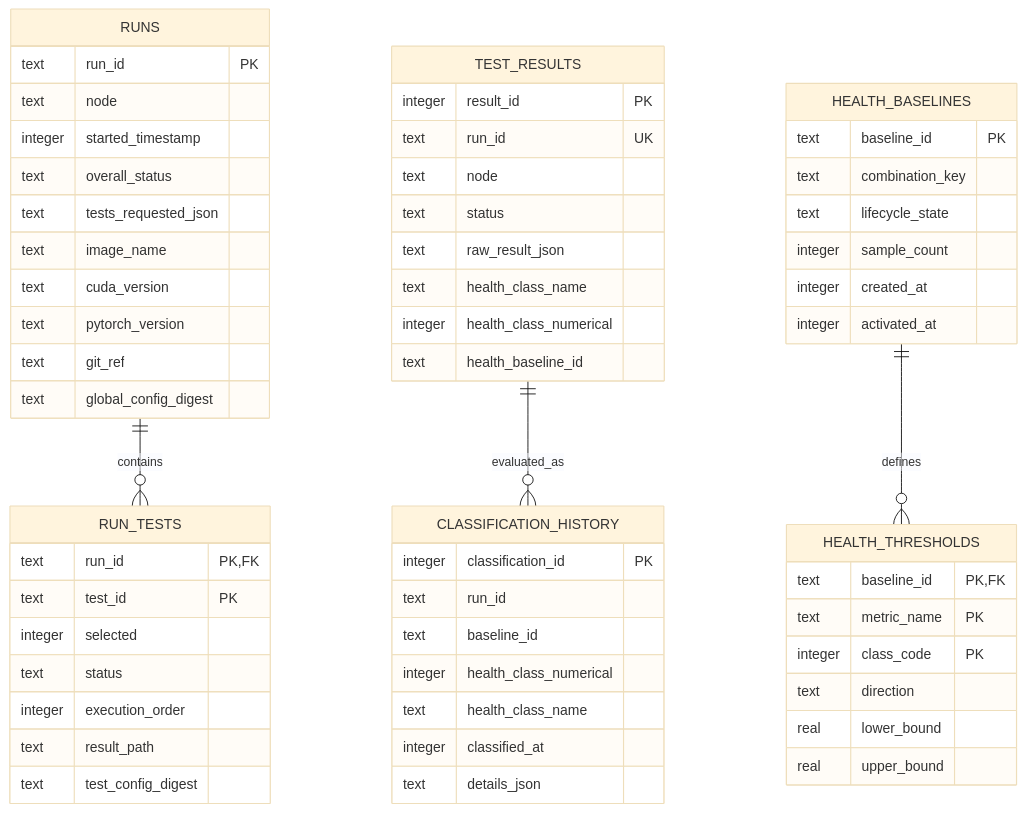
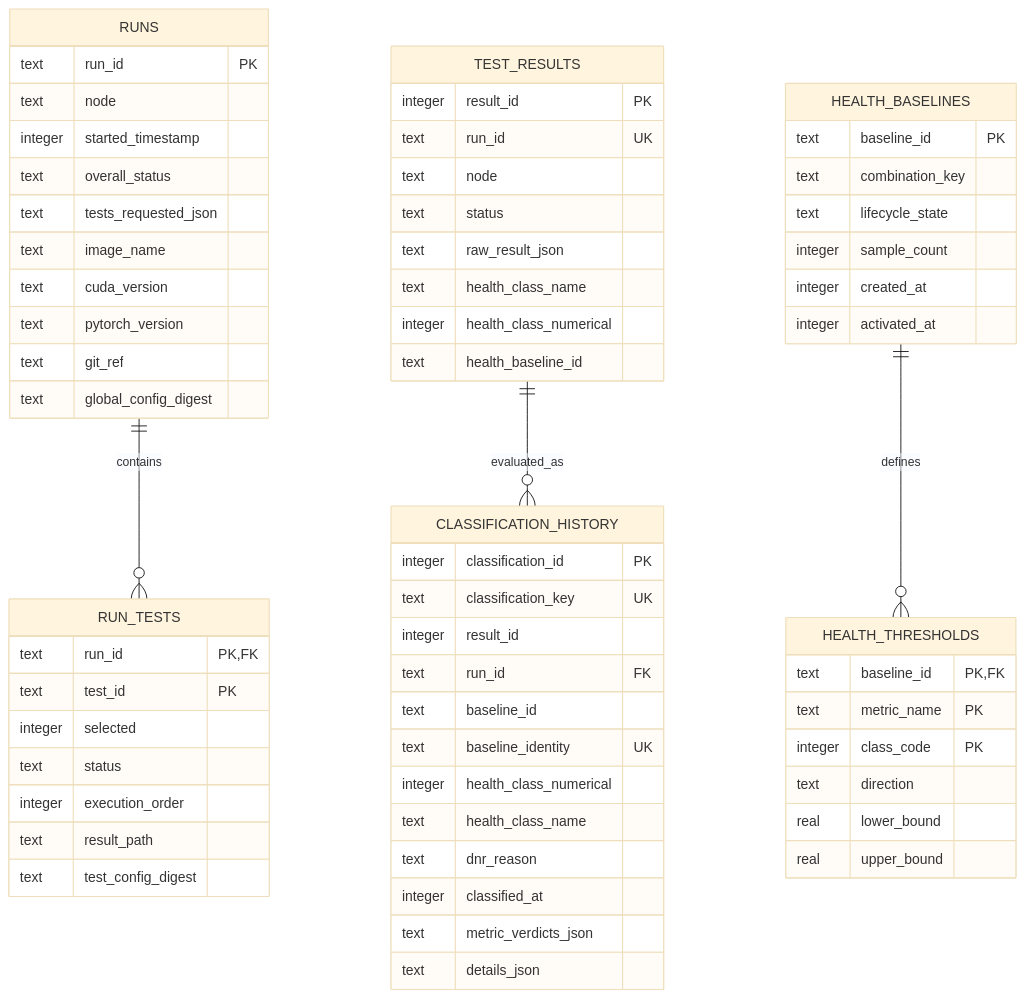
The diagram in docs/database-schema-v3.md (IamNirmata/c-val), drawn with Mermaid (base theme) before and after one commit. The commit also changed other lines of this file and 32 other files, not shown here.

````diff
--- a/docs/database-schema-v3.md
+++ b/docs/database-schema-v3.md
@@ -50,64 +50,69 @@
 ```mermaid
 erDiagram
     RUNS ||--o{ RUN_TESTS : contains
     RUNS {
         text run_id PK
         text node
         integer started_timestamp
         text overall_status
         text tests_requested_json
         text image_name
         text cuda_version
         text pytorch_version
         text git_ref
         text global_config_digest
     }
     RUN_TESTS {
         text run_id PK,FK
         text test_id PK
         integer selected
         text status
         integer execution_order
         text result_path
         text test_config_digest
     }
 
     TEST_RESULTS ||--o{ CLASSIFICATION_HISTORY : evaluated_as
     TEST_RESULTS {
         integer result_id PK
         text run_id UK
         text node
         text status
         text raw_result_json
         text health_class_name
         integer health_class_numerical
         text health_baseline_id
     }
     CLASSIFICATION_HISTORY {
         integer classification_id PK
-        text run_id
+        text classification_key UK
+        integer result_id
+        text run_id FK
         text baseline_id
+        text baseline_identity UK
         integer health_class_numerical
         text health_class_name
+        text dnr_reason
         integer classified_at
+        text metric_verdicts_json
         text details_json
     }
 
     HEALTH_BASELINES ||--o{ HEALTH_THRESHOLDS : defines
     HEALTH_BASELINES {
         text baseline_id PK
         text combination_key
         text lifecycle_state
         integer sample_count
         integer created_at
         integer activated_at
     }
     HEALTH_THRESHOLDS {
         text baseline_id PK,FK
         text metric_name PK
         integer class_code PK
         text direction
         real lower_bound
         real upper_bound
     }
 ```
````
